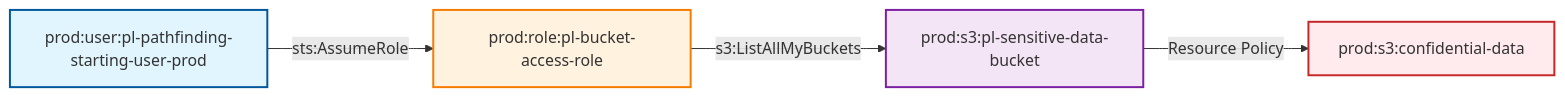
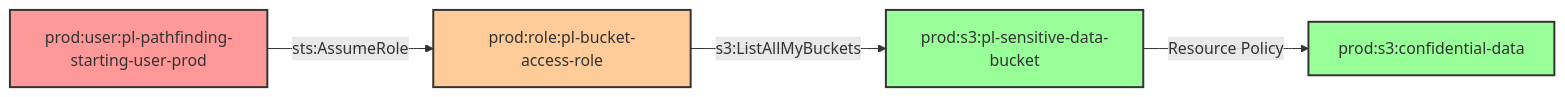
Before and after one commit to DataDog/pathfinding-labs: the diagram in modules/scenarios/tool-testing/resource-policy-bypass/README.md, drawn with Mermaid. The commit also changed other lines of this file and 109 other files, not shown here.

````diff
--- a/modules/scenarios/tool-testing/resource-policy-bypass/README.md
+++ b/modules/scenarios/tool-testing/resource-policy-bypass/README.md
@@ -18,24 +40,22 @@
 ```mermaid
 graph LR
     %% Nodes
     User[prod:user:pl-pathfinding-starting-user-prod]
     Role[prod:role:pl-bucket-access-role]
     Bucket[prod:s3:pl-sensitive-data-bucket]
     Data[prod:s3:confidential-data]
-    
+
     %% Edges
     User -->|sts:AssumeRole| Role
     Role -->|s3:ListAllMyBuckets| Bucket
     Bucket -->|Resource Policy| Data
-    
+
     %% Styling
-    classDef userNode fill:#e1f5fe,stroke:#01579b,stroke-width:2px
-    classDef roleNode fill:#fff3e0,stroke:#f57c00,stroke-width:2px
-    classDef bucketNode fill:#f3e5f5,stroke:#7b1fa2,stroke-width:2px
-    classDef dataNode fill:#ffebee,stroke:#c62828,stroke-width:2px
-    
-    class User userNode
+    classDef startNode fill:#ff9999,stroke:#333,stroke-width:2px
+    classDef roleNode fill:#ffcc99,stroke:#333,stroke-width:2px
+    classDef targetNode fill:#99ff99,stroke:#333,stroke-width:2px
+
+    class User startNode
     class Role roleNode
-    class Bucket bucketNode
-    class Data dataNode
+    class Bucket,Data targetNode
 ```
````
